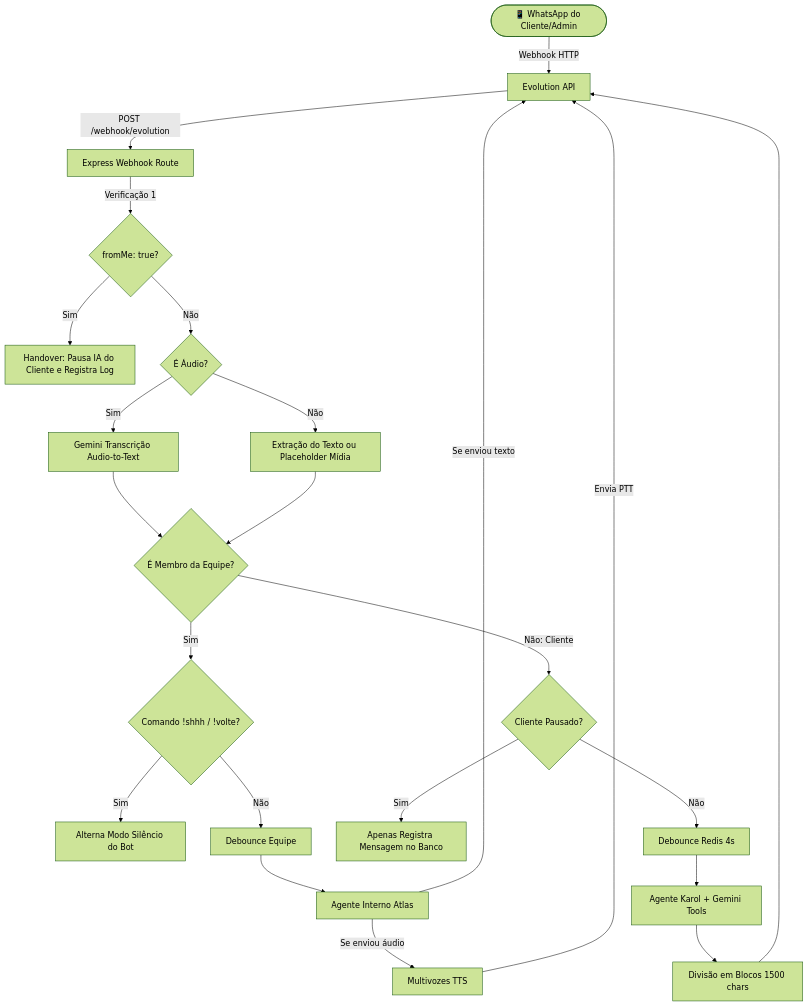
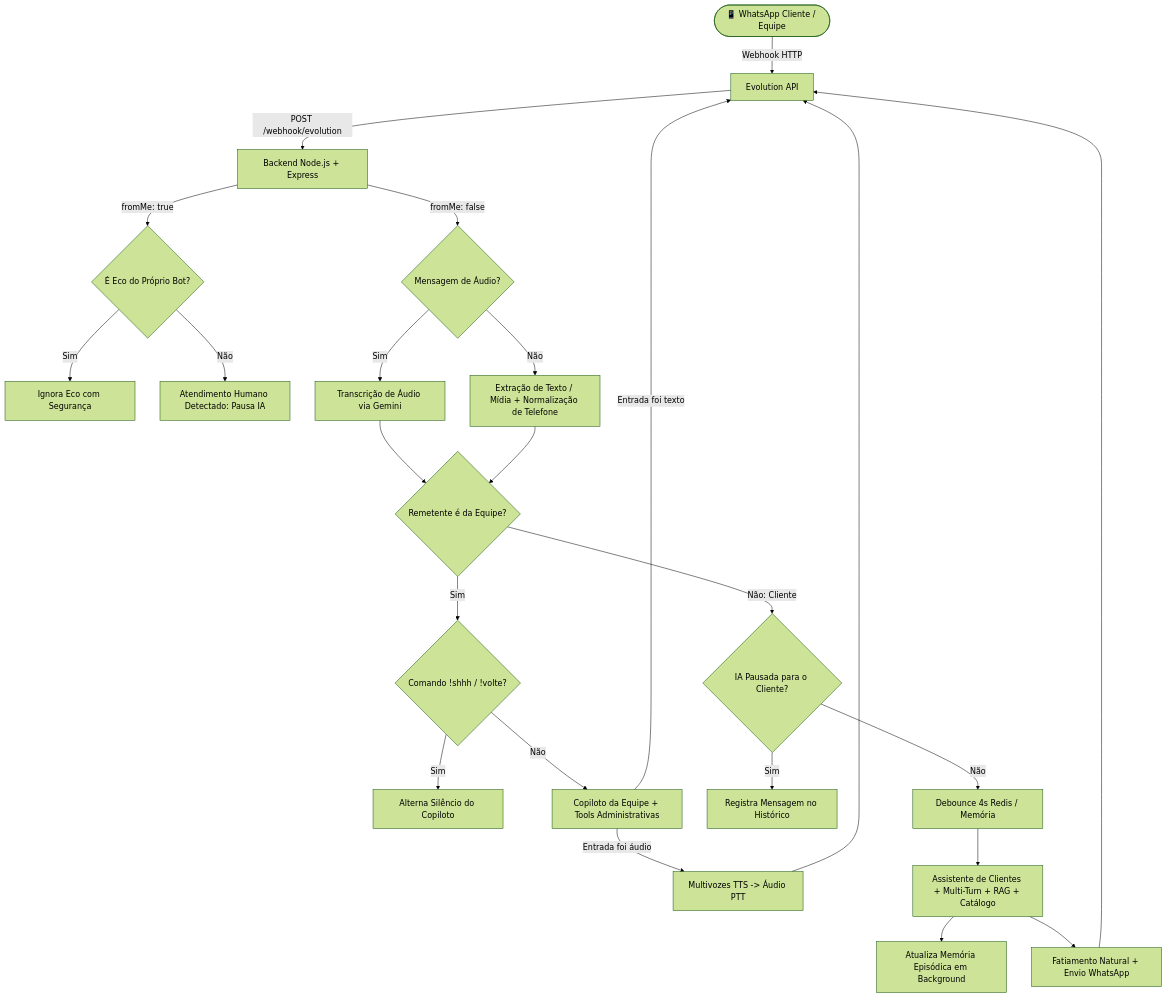
One commit to hneemias/saas-chatbot changed the diagram in README.md. Above: the diagram before and after it, drawn with Mermaid (forest theme). The commit also changed other lines of this file and 114 other files, not shown here.

````diff
--- a/README.md
+++ b/README.md
@@ -69,30 +80,31 @@
 ```mermaid
 flowchart TD
-    WA([📱 WhatsApp do Cliente/Admin]) -->|Webhook HTTP| EVO[Evolution API]
-    EVO -->|POST /webhook/evolution| SRV[Express Webhook Route]
-    
-    SRV -->|Verificação 1| HM{fromMe: true?}
-    HM -->|Sim| HO[Handover: Pausa IA do Cliente e Registra Log]
-    
-    HM -->|Não| AUD{É Áudio?}
-    AUD -->|Sim| TRN[Gemini Transcrição Audio-to-Text]
-    AUD -->|Não| TXT[Extração do Texto ou Placeholder Mídia]
-    
-    TRN --> TEAM{É Membro da Equipe?}
-    TXT --> TEAM
-    
-    TEAM -->|Sim| CMD{Comando !shhh / !volte?}
-    CMD -->|Sim| TGL[Alterna Modo Silêncio do Bot]
-    CMD -->|Não| DEB_A[Debounce Equipe]
-    DEB_A --> ATLAS[Agente Interno Atlas]
-    ATLAS -->|Se enviou áudio| TTS[Multivozes TTS]
-    TTS -->|Envia PTT| EVO
-    ATLAS -->|Se enviou texto| EVO
-    
-    TEAM -->|Não: Cliente| PAUSED{Cliente Pausado?}
-    PAUSED -->|Sim| LOG[Apenas Registra Mensagem no Banco]
-    PAUSED -->|Não| DEB_C[Debounce Redis 4s]
-    DEB_C --> KAROL[Agente Karol + Gemini Tools]
-    KAROL --> SPLIT[Divisão em Blocos 1500 chars]
+    WA([📱 WhatsApp Cliente / Equipe]) -->|Webhook HTTP| EVO[Evolution API]
+    EVO -->|POST /webhook/evolution| SRV[Backend Node.js + Express]
+
+    SRV -->|fromMe: true| ECHO{É Eco do Próprio Bot?}
+    ECHO -->|Sim| IGN[Ignora Eco com Segurança]
+    ECHO -->|Não| HO[Atendimento Humano Detectado: Pausa IA]
+
+    SRV -->|fromMe: false| AUD{Mensagem de Áudio?}
+    AUD -->|Sim| TRN[Transcrição de Áudio via Gemini]
+    AUD -->|Não| TXT[Extração de Texto / Mídia + Normalização de Telefone]
+
+    TRN --> ROLE{Remetente é da Equipe?}
+    TXT --> ROLE
+
+    ROLE -->|Sim| CMD{Comando !shhh / !volte?}
+    CMD -->|Sim| TGL[Alterna Silêncio do Copiloto]
+    CMD -->|Não| INT[Copiloto da Equipe + Tools Administrativas]
+    INT -->|Entrada foi áudio| TTS[Multivozes TTS -> Áudio PTT]
+    INT -->|Entrada foi texto| EVO
+    TTS --> EVO
+
+    ROLE -->|Não: Cliente| PAUSED{IA Pausada para o Cliente?}
+    PAUSED -->|Sim| SAVE[Registra Mensagem no Histórico]
+    PAUSED -->|Não| DEB[Debounce 4s Redis / Memória]
+    DEB --> EXT[Assistente de Clientes + Multi-Turn + RAG + Catálogo]
+    EXT --> MEM[Atualiza Memória Episódica em Background]
+    EXT --> SPLIT[Fatiamento Natural + Envio WhatsApp]
     SPLIT --> EVO
 ```
````
